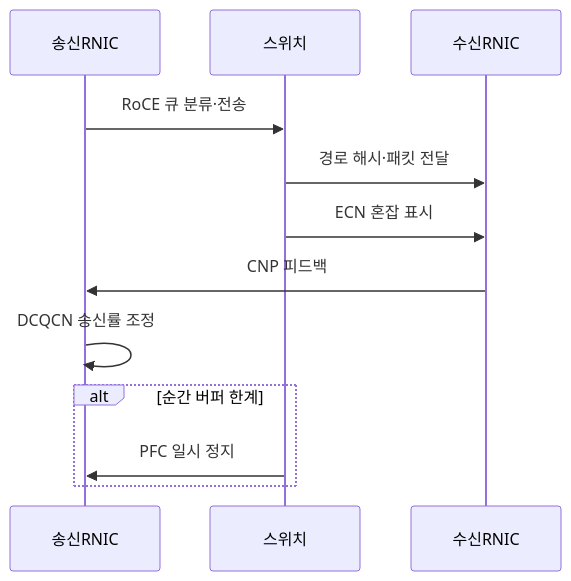
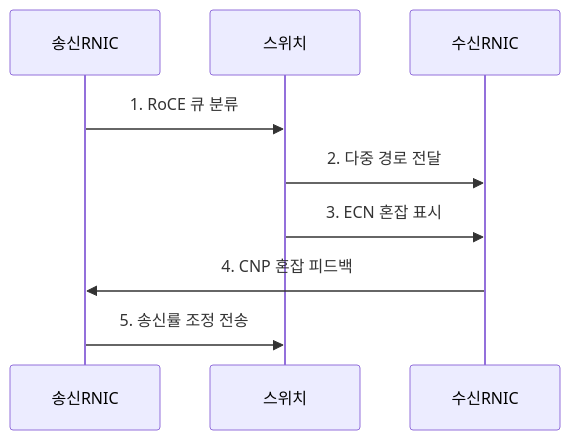
One commit to agnusdei1207/knowledge-base changed the second of 2 diagrams in src/content/docs/notes/04-network/103_roce.md. Above: the diagram before and after it, drawn with Mermaid. The commit also changed other lines of this file and 21 other files, not shown here.

````diff
--- a/src/content/docs/notes/04-network/103_roce.md
+++ b/src/content/docs/notes/04-network/103_roce.md
@@ -86,14 +86,11 @@
 ```mermaid
 sequenceDiagram
     participant 송신RNIC
     participant 스위치
     participant 수신RNIC
-    송신RNIC->>스위치: RoCE 큐 분류·전송
-    스위치->>수신RNIC: 경로 해시·패킷 전달
-    스위치->>수신RNIC: ECN 혼잡 표시
-    수신RNIC->>송신RNIC: CNP 피드백
-    송신RNIC->>송신RNIC: DCQCN 송신률 조정
-    alt 순간 버퍼 한계
-        스위치->>송신RNIC: PFC 일시 정지
-    end
+    송신RNIC->>스위치: 1. RoCE 큐 분류
+    스위치->>수신RNIC: 2. 다중 경로 전달
+    스위치->>수신RNIC: 3. ECN 혼잡 표시
+    수신RNIC->>송신RNIC: 4. CNP 혼잡 피드백
+    송신RNIC->>스위치: 5. 송신률 조정 전송
 ```
````
